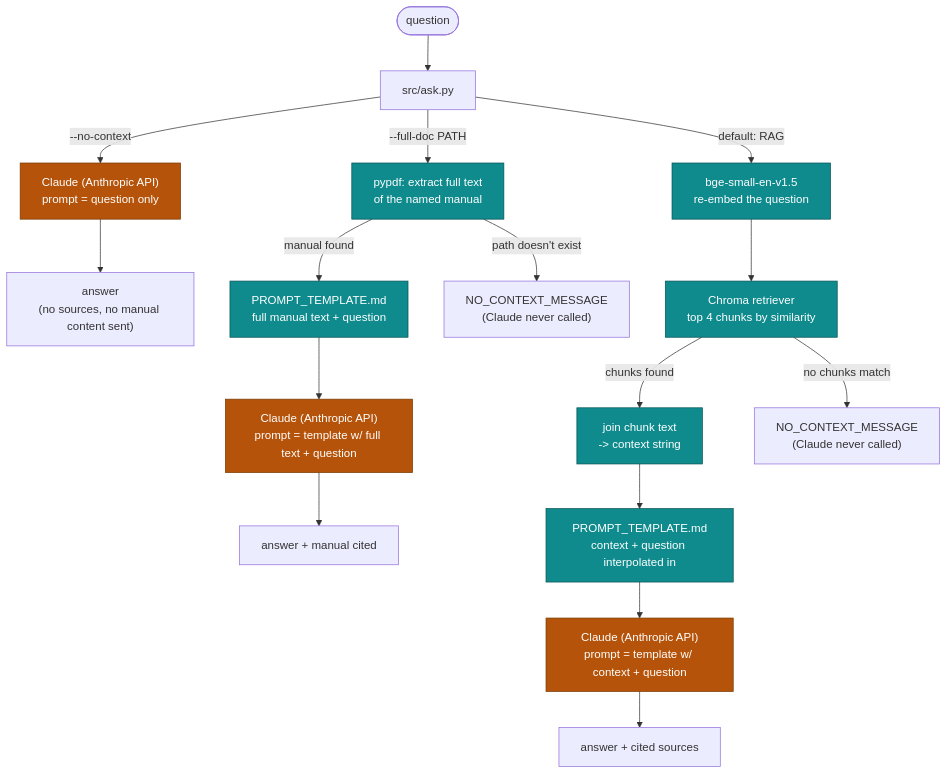
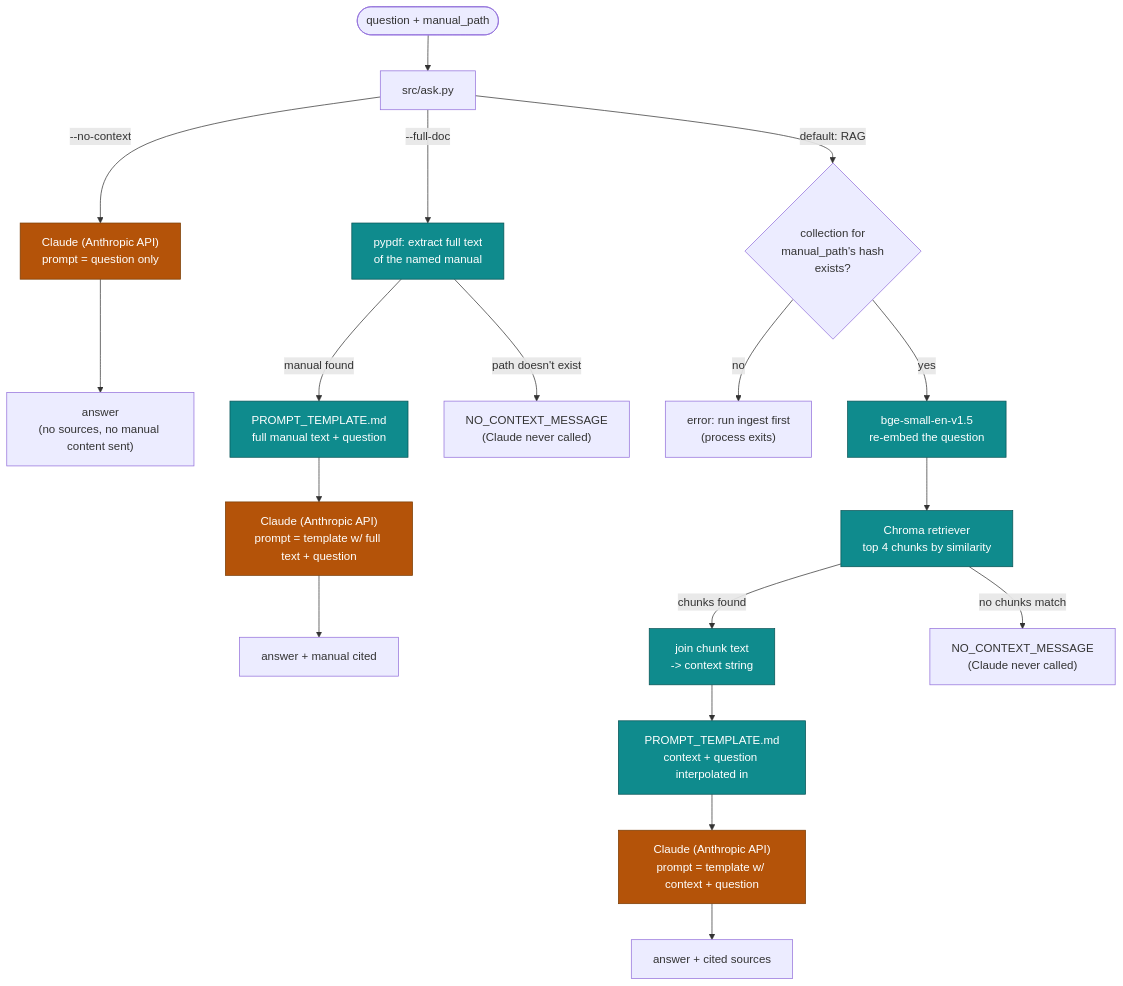
One commit to gorz-0815/rag-tfm changed the second of 2 diagrams in docs/architecture.md. Above: the diagram before and after it, drawn with Mermaid. The commit also changed other lines of this file and 11 other files, not shown here.

````diff
--- a/docs/architecture.md
+++ b/docs/architecture.md
@@ -53,31 +55,33 @@
 ```mermaid
 flowchart TD
-    Q(["question"]) --> CLI["src/ask.py"]
+    Q(["question + manual_path"]) --> CLI["src/ask.py"]
 
     CLI -->|"--no-context"| NR["Claude (Anthropic API)\nprompt = question only"]
     NR --> A1["answer\n(no sources, no manual content sent)"]
 
-    CLI -->|"--full-doc PATH"| PDF["pypdf: extract full text\nof the named manual"]
+    CLI -->|"--full-doc"| PDF["pypdf: extract full text\nof the named manual"]
     PDF -->|manual found| FCTX["PROMPT_TEMPLATE.md\nfull manual text + question"]
     PDF -->|"path doesn't exist"| NOCTX2["NO_CONTEXT_MESSAGE\n(Claude never called)"]
     FCTX --> FLLM["Claude (Anthropic API)\nprompt = template w/ full text + question"]
     FLLM --> A3["answer + manual cited"]
 
-    CLI -->|"default: RAG"| EMB["bge-small-en-v1.5\nre-embed the question"]
+    CLI -->|"default: RAG"| COL{"collection for\nmanual_path's hash\nexists?"}
+    COL -->|"no"| ERR["error: run ingest first\n(process exits)"]
+    COL -->|yes| EMB["bge-small-en-v1.5\nre-embed the question"]
     EMB --> RET["Chroma retriever\ntop 4 chunks by similarity"]
     RET -->|chunks found| JOIN["join chunk text\n-> context string"]
     JOIN --> CTX["PROMPT_TEMPLATE.md\ncontext + question interpolated in"]
     RET -->|"no chunks match"| NOCTX["NO_CONTEXT_MESSAGE\n(Claude never called)"]
     CTX --> LLM["Claude (Anthropic API)\nprompt = template w/ context + question"]
     LLM --> A2["answer + cited sources"]
 
     style EMB fill:#0f8b8d,stroke:#075355,color:#ffffff
     style RET fill:#0f8b8d,stroke:#075355,color:#ffffff
     style JOIN fill:#0f8b8d,stroke:#075355,color:#ffffff
     style CTX fill:#0f8b8d,stroke:#075355,color:#ffffff
     style PDF fill:#0f8b8d,stroke:#075355,color:#ffffff
     style FCTX fill:#0f8b8d,stroke:#075355,color:#ffffff
     style NR fill:#b45309,stroke:#7a3d05,color:#ffffff
     style LLM fill:#b45309,stroke:#7a3d05,color:#ffffff
     style FLLM fill:#b45309,stroke:#7a3d05,color:#ffffff
 ```
````
